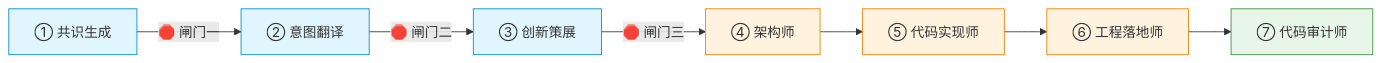
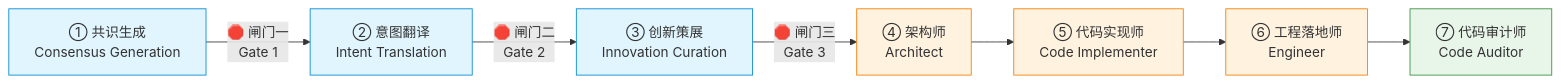
One commit to maitianAAA/LingBao-Anti-Hallucination-Pipeline changed the first of 2 diagrams in README.md. Above: the diagram before and after it, drawn with Mermaid. The commit also changed other lines of this file, not shown here.

````diff
--- a/README.md
+++ b/README.md
@@ -29,17 +32,17 @@
 ```mermaid
 graph LR
-    N1["① 共识生成"] -->|"🛑 闸门一"| N2["② 意图翻译"]
-    N2 -->|"🛑 闸门二"| N3["③ 创新策展"]
-    N3 -->|"🛑 闸门三"| N4["④ 架构师"]
-    N4 --> N5["⑤ 代码实现师"]
-    N5 --> N6["⑥ 工程落地师"]
-    N6 --> N7["⑦ 代码审计师"]
+    N1["① 共识生成<br/>Consensus Generation"] -->|"🛑 闸门一<br/>Gate 1"| N2["② 意图翻译<br/>Intent Translation"]
+    N2 -->|"🛑 闸门二<br/>Gate 2"| N3["③ 创新策展<br/>Innovation Curation"]
+    N3 -->|"🛑 闸门三<br/>Gate 3"| N4["④ 架构师<br/>Architect"]
+    N4 --> N5["⑤ 代码实现师<br/>Code Implementer"]
+    N5 --> N6["⑥ 工程落地师<br/>Engineer"]
+    N6 --> N7["⑦ 代码审计师<br/>Code Auditor"]
 
     style N1 fill:#e1f5fe,stroke:#0288d1
     style N2 fill:#e1f5fe,stroke:#0288d1
     style N3 fill:#e1f5fe,stroke:#0288d1
     style N4 fill:#fff3e0,stroke:#f57c00
     style N5 fill:#fff3e0,stroke:#f57c00
     style N6 fill:#fff3e0,stroke:#f57c00
     style N7 fill:#e8f5e9,stroke:#388e3c
 ```
````
